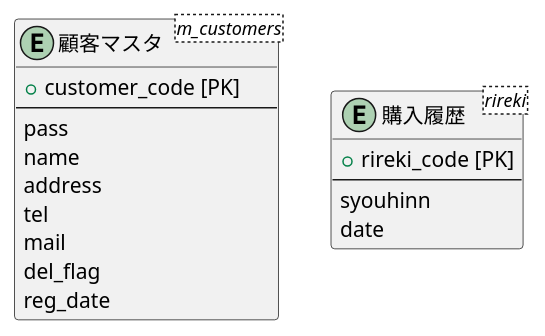
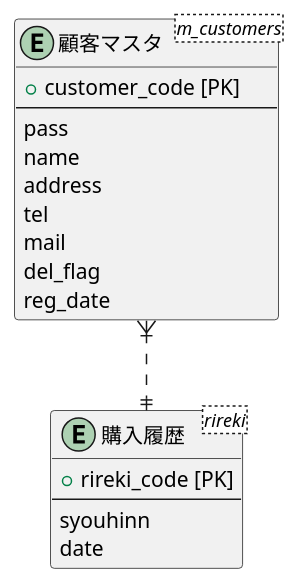
The diagram in ER.md (aso2001036/2021sys-design), drawn with PlantUML before and after one commit.

````diff
--- a/ER.md
+++ b/ER.md
@@ -1,21 +1,22 @@
 ```puml
 @startuml
 entity "顧客マスタ" as customer <m_customers> {
 + customer_code [PK]
 --
 pass
 name
 address
 tel
 mail
 del_flag
 reg_date
 }
 entity "購入履歴" as rireki <rireki> {
 + rireki_code [PK]
 --
 syouhinn
 date
 }
+customer }|..|| rireki
 @enduml
 ```
````
